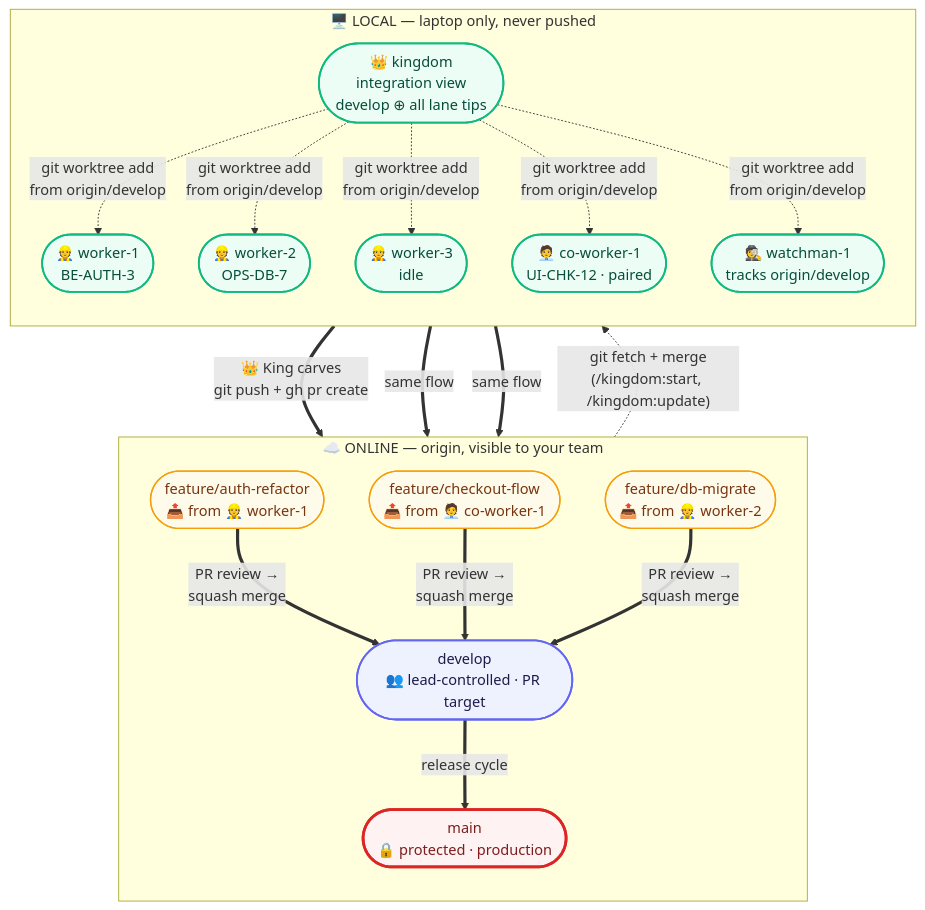
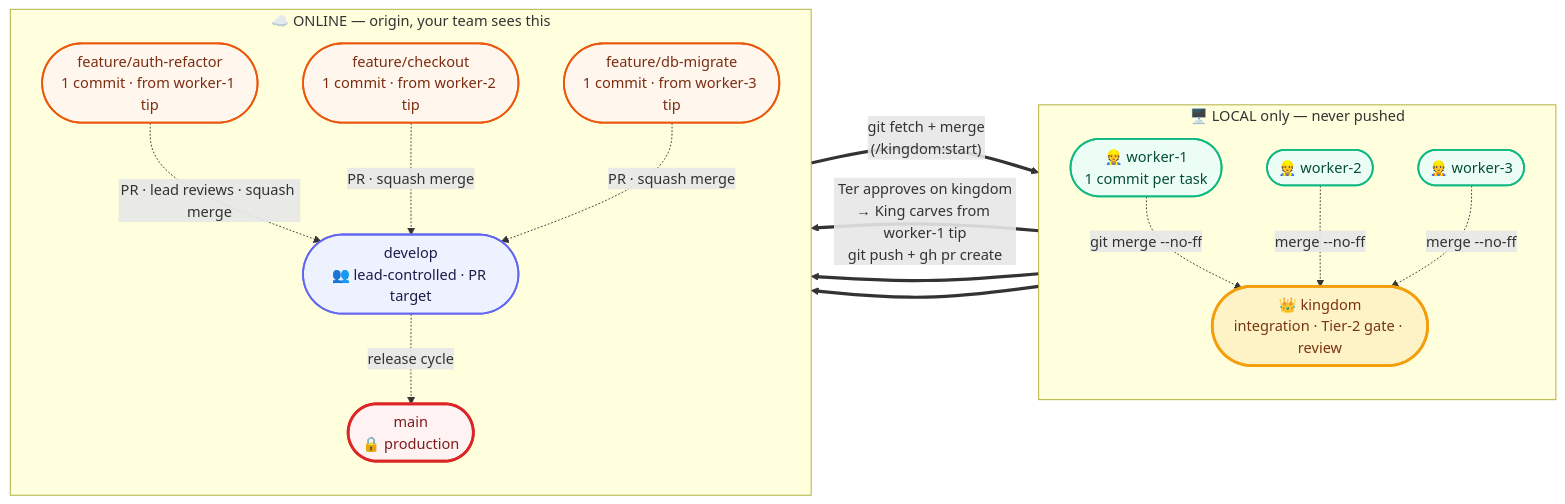
One commit to chatthong/kingdom changed the third of 3 diagrams in README.md. Above: the diagram before and after it, drawn with Mermaid. The commit also changed other lines of this file and 3 other files, not shown here.

````diff
--- a/README.md
+++ b/README.md
@@ -394,41 +394,46 @@
 ```mermaid
-graph TB
-    subgraph ONLINE ["☁️ ONLINE — origin, visible to your team"]
+graph LR
+    subgraph LOCAL ["🖥️  LOCAL only — never pushed"]
         direction TB
-        MAIN([main<br/>🔒 protected · production])
-        DEV([develop<br/>👥 lead-controlled · PR target])
-        F1([feature/auth-refactor<br/>📤 from 👷 worker-1])
-        F2([feature/checkout-flow<br/>📤 from 🧑‍💼 co-worker-1])
-        F3([feature/db-migrate<br/>📤 from 👷 worker-2])
+        W1([👷 worker-1<br/>1 commit per task])
+        W2([👷 worker-2])
+        W3([👷 worker-3])
+        K([👑 kingdom<br/>integration · Tier-2 gate · review])
+
+        W1 -.->|"git merge --no-ff"| K
+        W2 -.->|"merge --no-ff"| K
+        W3 -.->|"merge --no-ff"| K
     end
 
-    subgraph LOCAL ["🖥️ LOCAL — laptop only, never pushed"]
+    subgraph ONLINE ["☁️  ONLINE — origin, your team sees this"]
         direction TB
-        K([👑 kingdom<br/>integration view<br/>develop ⊕ all lane tips])
-        W1([👷 worker-1<br/>BE-AUTH-3])
-        W2([👷 worker-2<br/>OPS-DB-7])
-        W3([👷 worker-3<br/>idle])
-        CW1([🧑‍💼 co-worker-1<br/>UI-CHK-12 · paired])
-        WM1([🕵️ watchman-1<br/>tracks origin/develop])
+        DEV([develop<br/>👥 lead-controlled · PR target])
+        F1([feature/auth-refactor<br/>1 commit · from worker-1 tip])
+        F2([feature/checkout<br/>1 commit · from worker-2 tip])
+        F3([feature/db-migrate<br/>1 commit · from worker-3 tip])
+        MAIN([main<br/>🔒 production])
+
+        F1 -.->|"PR · lead reviews · squash merge"| DEV
+        F2 -.->|"PR · squash merge"| DEV
+        F3 -.->|"PR · squash merge"| DEV
+        DEV -.->|"release cycle"| MAIN
     end
 
-    DEV -.->|"git fetch + merge<br/>(/kingdom:start, /kingdom:update)"| K
-    K -.->|"git worktree add<br/>from origin/develop"| W1 & W2 & W3 & CW1 & WM1
+    DEV ==>|"git fetch + merge<br/>(/kingdom:start)"| K
 
-    W1 ==>|"👑 King carves<br/>git push + gh pr create"| F1
-    CW1 ==>|"same flow"| F2
-    W2 ==>|"same flow"| F3
+    W1 ==>|"Ter approves on kingdom<br/>→ King carves from worker-1 tip<br/>git push + gh pr create"| F1
+    W2 ==> F2
+    W3 ==> F3
 
-    F1 & F2 & F3 ==>|"PR review →<br/>squash merge"| DEV
-    DEV ==>|"release cycle"| MAIN
+    classDef local fill:#ecfdf5,stroke:#10b981,stroke-width:2px,color:#064e3b
+    classDef integration fill:#fef3c7,stroke:#f59e0b,stroke-width:3px,color:#78350f
+    classDef online fill:#eef2ff,stroke:#6366f1,stroke-width:2px,color:#1e1b4b
+    classDef feature fill:#fff7ed,stroke:#ea580c,stroke-width:2px,color:#7c2d12
+    classDef protected fill:#fef2f2,stroke:#dc2626,stroke-width:3px,color:#7f1d1d
 
-    classDef online stroke:#6366f1,stroke-width:2px,fill:#eef2ff,color:#1e1b4b
-    classDef local stroke:#10b981,stroke-width:2px,fill:#ecfdf5,color:#064e3b
-    classDef protected stroke:#dc2626,stroke-width:3px,fill:#fef2f2,color:#7f1d1d
-    classDef feature stroke:#f59e0b,stroke-width:1.5px,fill:#fffbeb,color:#78350f
-
-    class MAIN protected
+    class W1,W2,W3 local
+    class K integration
     class DEV online
     class F1,F2,F3 feature
-    class K,W1,W2,W3,CW1,WM1 local
+    class MAIN protected
 ```
````
